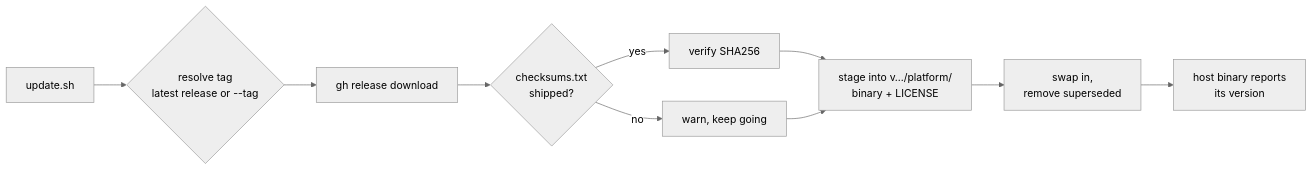
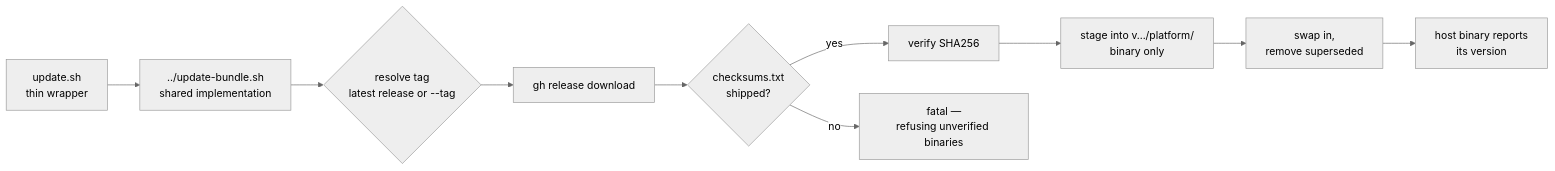
Before and after one commit to fordaj/logamuffin: the diagram in tools/runner-spawner/update.sh.md, drawn with Mermaid (neutral theme). The commit also changed other lines of this file and 30 other files, not shown here.

````diff
--- a/tools/runner-spawner/update.sh.md
+++ b/tools/runner-spawner/update.sh.md
@@ -3,12 +3,13 @@
 ```mermaid
 flowchart LR
-    Up[update.sh] --> Tag{resolve tag<br/>latest release or --tag}
+    Up[update.sh<br/>thin wrapper] --> Core["../update-bundle.sh<br/>shared implementation"]
+    Core --> Tag{resolve tag<br/>latest release or --tag}
     Tag --> DL["gh release download"]
     DL --> Sum{checksums.txt<br/>shipped?}
     Sum -->|yes| Verify["verify SHA256"]
-    Sum -->|no| Warn["warn, keep going"]
-    Verify --> Stage["stage into v…/platform/<br/>binary + LICENSE"]
-    Warn --> Stage
+    Sum -->|no| Die["fatal —<br/>refusing unverified binaries"]
+    Verify --> Stage["stage into v…/platform/<br/>binary only"]
     Stage --> Swap["swap in,<br/>remove superseded"]
     Swap --> Smoke["host binary reports<br/>its version"]
+    click Core href "../update-bundle.sh.md"
 ```
````
